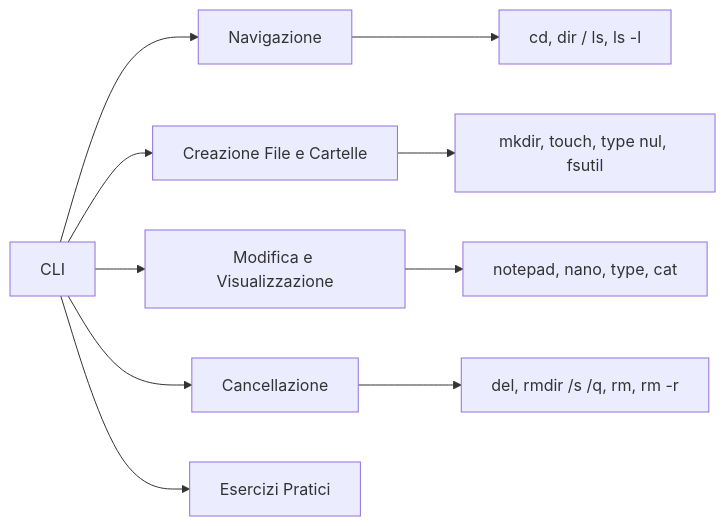
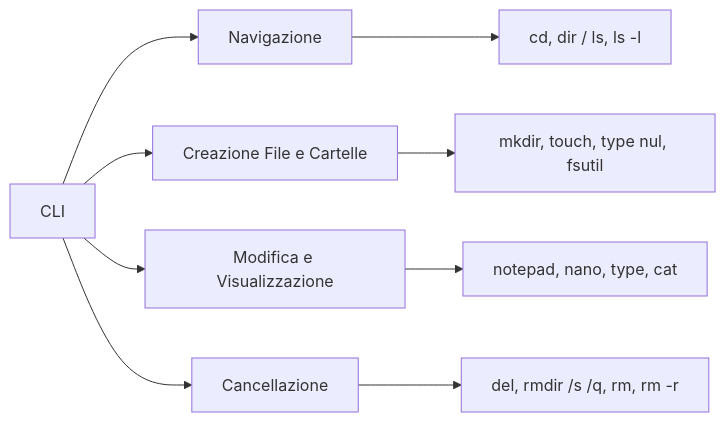
One commit to Federob/infohandouts changed the diagram in docs/hwsw/24_os_cli.md. Above: the diagram before and after it, drawn with Mermaid.

````diff
--- a/docs/hwsw/24_os_cli.md
+++ b/docs/hwsw/24_os_cli.md
@@ -262,12 +262,11 @@
 ```mermaid
     graph LR
       A[CLI] --> B[Navigazione]
       B --> C[cd, dir / ls, ls -l]
       A --> D[Creazione File e Cartelle]
       D --> E[mkdir, touch, type nul, fsutil]
       A --> F[Modifica e Visualizzazione]
       F --> G[notepad, nano, type, cat]
       A --> H[Cancellazione]
       H --> I[del, rmdir /s /q, rm, rm -r]
-      A --> J[Esercizi Pratici]
 ```
````
